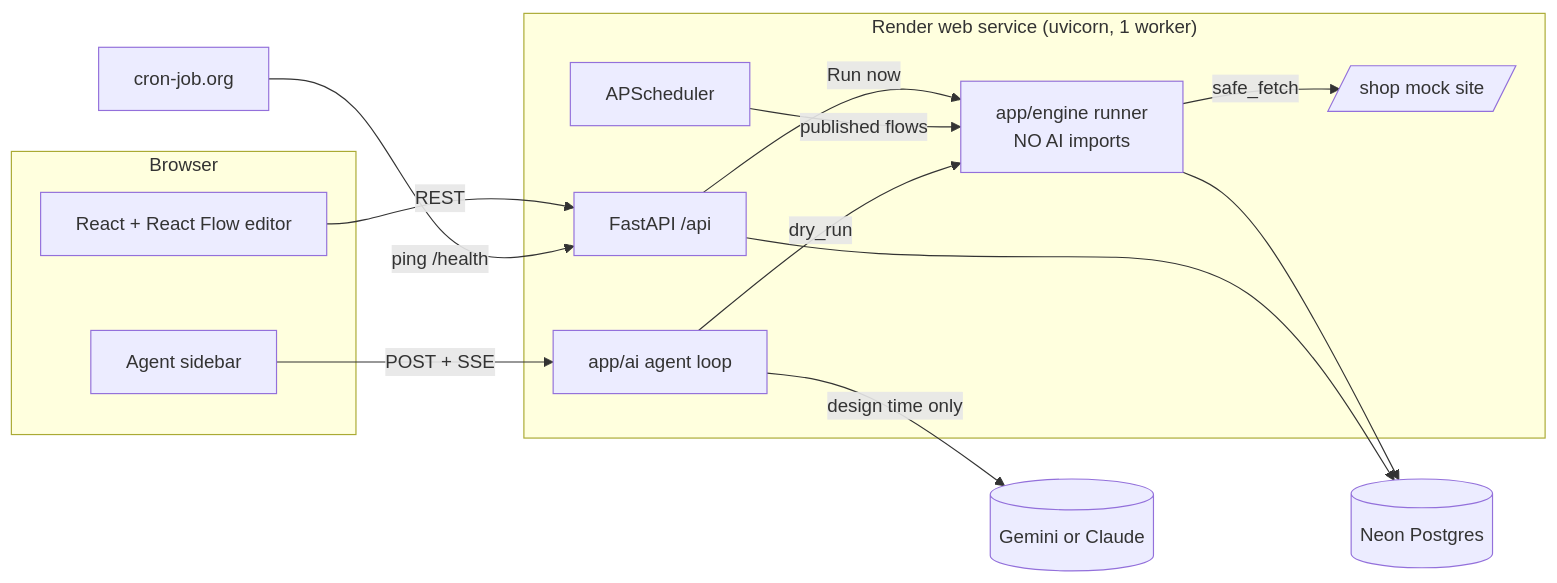
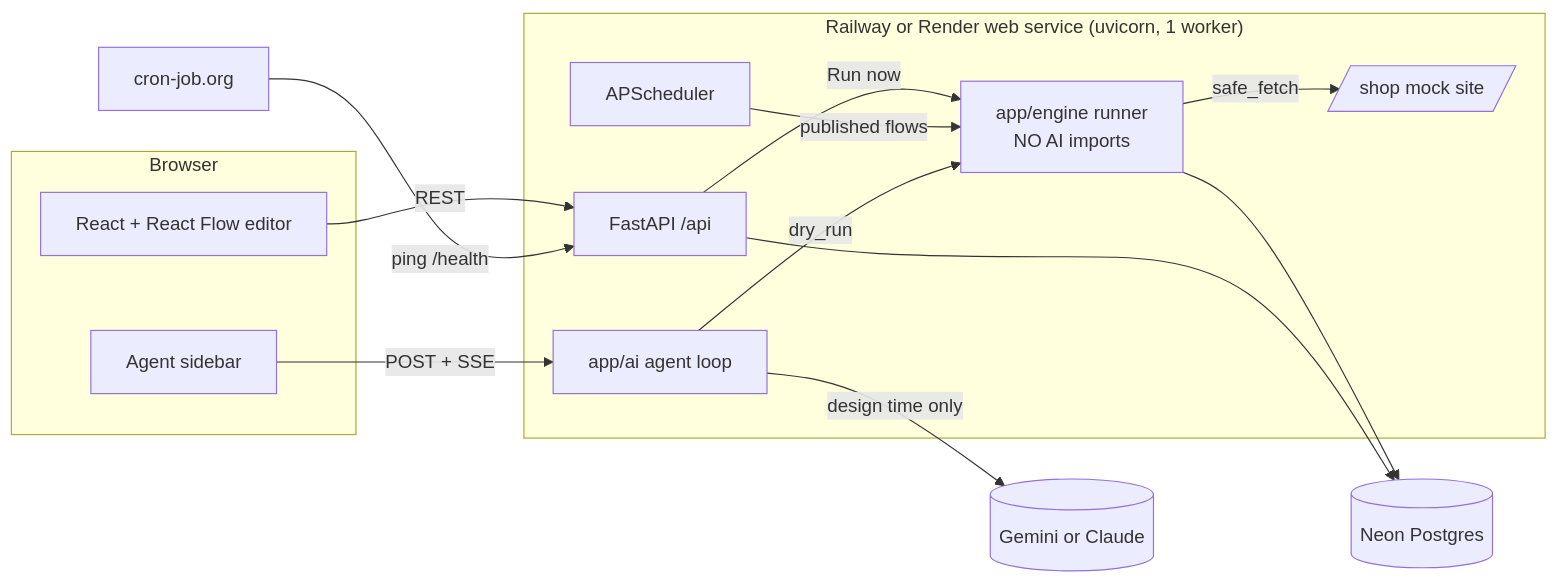
One commit to UzairSabirKhan/se-max-template changed the diagram in docs/design.md. Above: the diagram before and after it, drawn with Mermaid. The commit also changed other lines of this file and 12 other files, not shown here.

Commit message:
docs: Railway primary / Render backup, Groq provider, defects D-19 to D-21

````diff
--- a/docs/design.md
+++ b/docs/design.md
@@ -9,26 +9,26 @@
 ```mermaid
 flowchart LR
   subgraph Browser
     UI[React + React Flow editor]
     SB[Agent sidebar]
   end
-  subgraph Render["Render web service (uvicorn, 1 worker)"]
+  subgraph Host["Railway or Render web service (uvicorn, 1 worker)"]
     API[FastAPI /api]
     AG[app/ai agent loop]
     ENG[app/engine runner<br/>NO AI imports]
     SCH[APScheduler]
     SHOP[/shop mock site/]
   end
   DB[(Neon Postgres)]
   LLM[(Gemini or Claude)]
   CRON[cron-job.org] -- ping /health --> API
 
   UI -- REST --> API
   SB -- POST + SSE --> AG
   AG -- design time only --> LLM
   AG -- dry_run --> ENG
   SCH -- published flows --> ENG
   API -- Run now --> ENG
   ENG -- safe_fetch --> SHOP
   API & ENG --> DB
 ```
````
